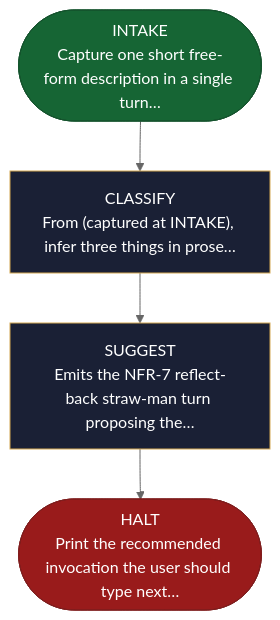
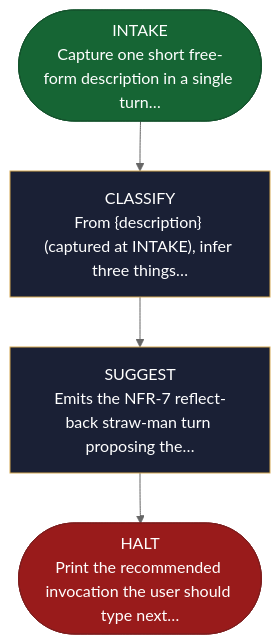
The diagram in site/src/content/docs/skills/aid-triage.md (AndreVianna/aid-methodology), drawn with Mermaid (neutral theme) before and after one commit. The commit also changed 15 other files, not shown here.

````diff
--- a/site/src/content/docs/skills/aid-triage.md
+++ b/site/src/content/docs/skills/aid-triage.md
@@ -20,24 +20,24 @@
 ```mermaid
 flowchart TB
   classDef aidNode color:#fff
   classDef aidEntry fill:#166534,stroke:#14532d,color:#fff
   classDef aidExit fill:#991b1b,stroke:#7f1d1d,color:#fff
   classDef aidDecision fill:#92400e,stroke:#78350f,color:#fff
   classDef aidLoopBack fill:#1e3a8a,stroke:#1e3a8a,color:#fff
   classDef aidStep fill:#1a2035,stroke:#d4a853,color:#f1f5f9
   n1(["INTAKE<br/>Capture one short free-form description in a single turn…"])
-  n2["CLASSIFY<br/>From (captured at INTAKE), infer three things in prose…"]
+  n2["CLASSIFY<br/>From {description} (captured at INTAKE), infer three things…"]
   n3["SUGGEST<br/>Emits the NFR-7 reflect-back straw-man turn proposing the…"]
   n4(["HALT<br/>Print the recommended invocation the user should type next…"])
   n1 --> n2
   n2 --> n3
   n3 --> n4
   class n1 aidEntry
   class n2 aidStep
   class n3 aidStep
   class n4 aidExit
   class n1 aidNode
   class n2 aidNode
   class n3 aidNode
   class n4 aidNode
 ```
````
